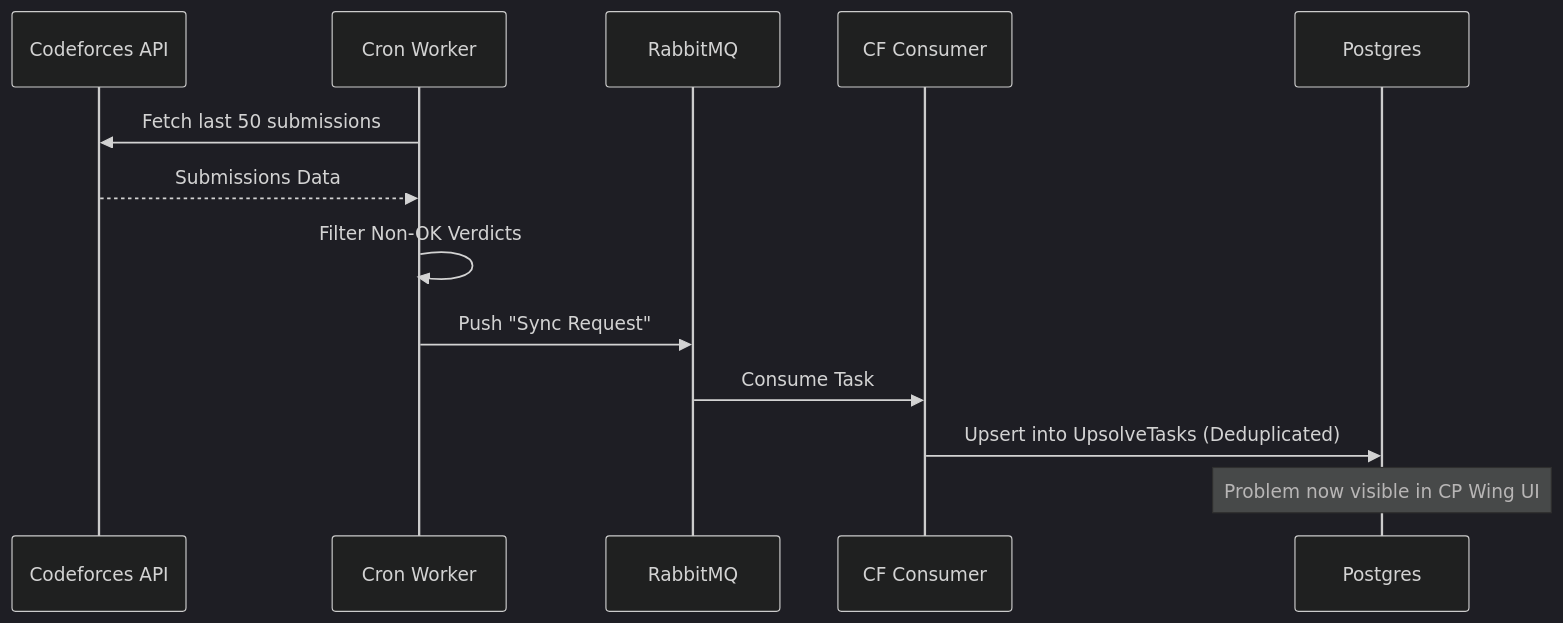
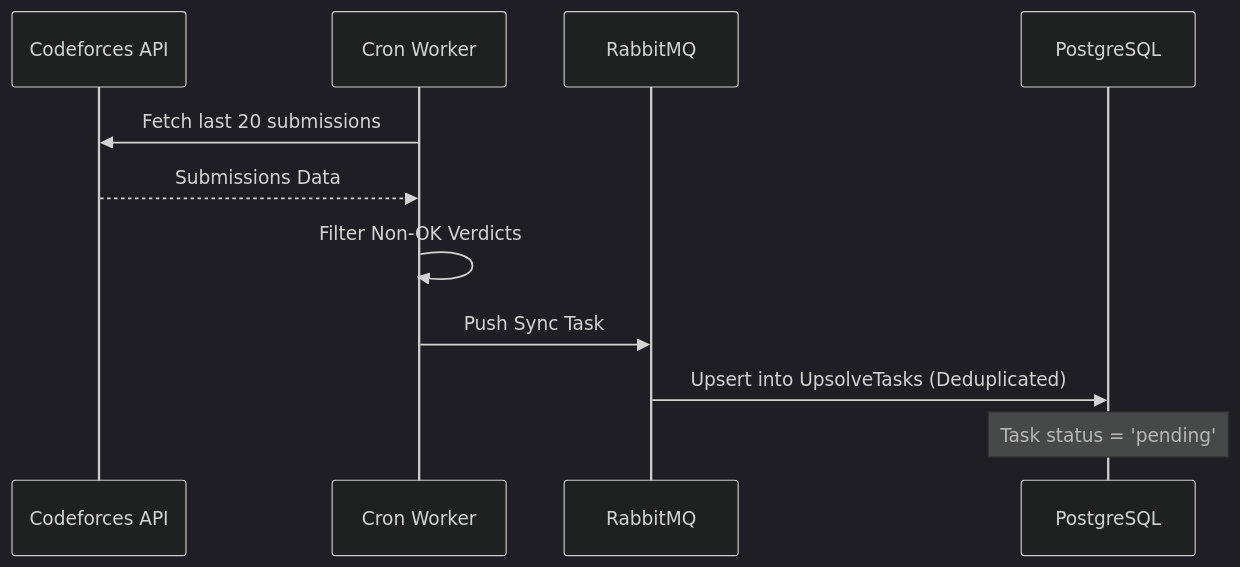
Before and after one commit to arhamxfarooqui/AXIOS-GO: the third of 4 diagrams in README.md, drawn with Mermaid (dark theme). The commit also changed other lines of this file and 2 other files, not shown here.

````diff
--- a/README.md
+++ b/README.md
@@ -66,16 +91,14 @@
 ```mermaid
 sequenceDiagram
     participant CF as Codeforces API
     participant Cron as Cron Worker
     participant RMQ as RabbitMQ
-    participant Worker as CF Consumer
-    participant DB as Postgres
+    participant DB as PostgreSQL
     
-    Cron->>CF: Fetch last 50 submissions
+    Cron->>CF: Fetch last 20 submissions
     CF-->>Cron: Submissions Data
     Cron->>Cron: Filter Non-OK Verdicts
-    Cron->>RMQ: Push "Sync Request"
-    RMQ->>Worker: Consume Task
-    Worker->>DB: Upsert into UpsolveTasks (Deduplicated)
-    Note over DB: Problem now visible in CP Wing UI
+    Cron->>RMQ: Push Sync Task
+    RMQ->>DB: Upsert into UpsolveTasks (Deduplicated)
+    Note over DB: Task status = 'pending'
 ```
````
